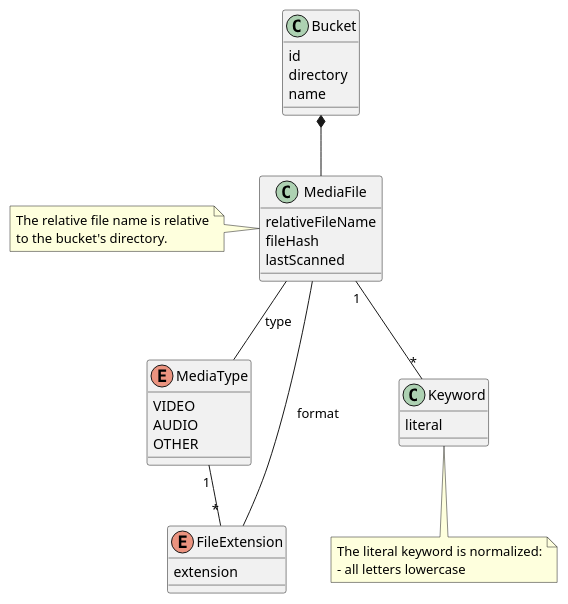
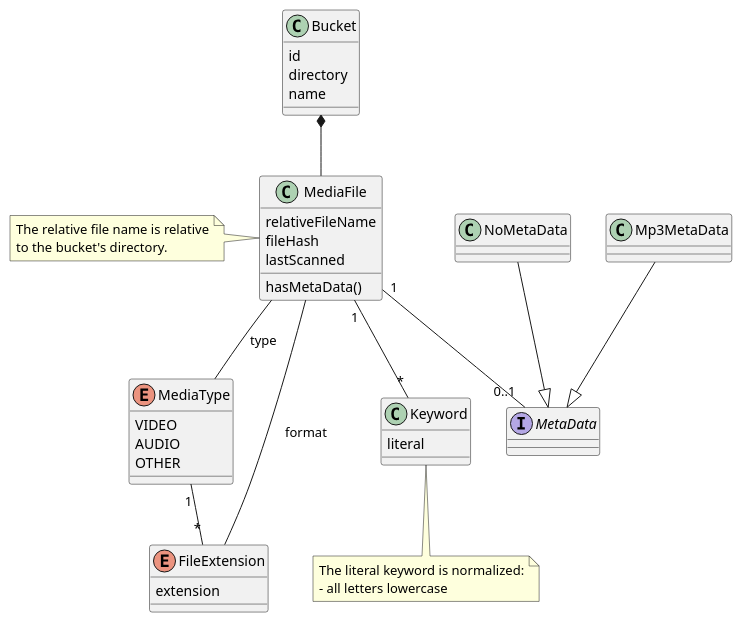
Before and after one commit to Weltraumschaf/maconha: the diagram in src/site/resources/plantuml/domain_model.puml, drawn with PlantUML.

Commit message:
Add metadata to model.

```diff
--- a/src/site/resources/plantuml/domain_model.puml
+++ b/src/site/resources/plantuml/domain_model.puml
@@ -1,46 +1,59 @@
 @startuml
 skinparam componentStyle uml2
 
 class Bucket {
     id
     directory
     name
 }
 
 class MediaFile {
     relativeFileName
     fileHash
     lastScanned
+    hasMetaData()
 }
 
 note left of MediaFile {
     The relative file name is relative
     to the bucket's directory.
 }
 
 enum MediaType {
     VIDEO
     AUDIO
     OTHER
 }
 
 enum FileExtension {
     extension
 }
 
+interface MetaData {
+}
+
+class NoMetaData {
+}
+
+class Mp3MetaData {
+}
+
 class Keyword {
     literal
 }
 
 note bottom of Keyword {
     The literal keyword is normalized:
     - all letters lowercase
 }
 
 Bucket *-- MediaFile
 MediaFile -- MediaType : type
 MediaFile -- FileExtension : format
+MediaFile "1" -- "0..1" MetaData
 MediaFile "1" -- "*" Keyword
 MediaType "1" -- "*" FileExtension
+NoMetaData --|> MetaData
+Mp3MetaData --|> MetaData
 
 @enduml
```
